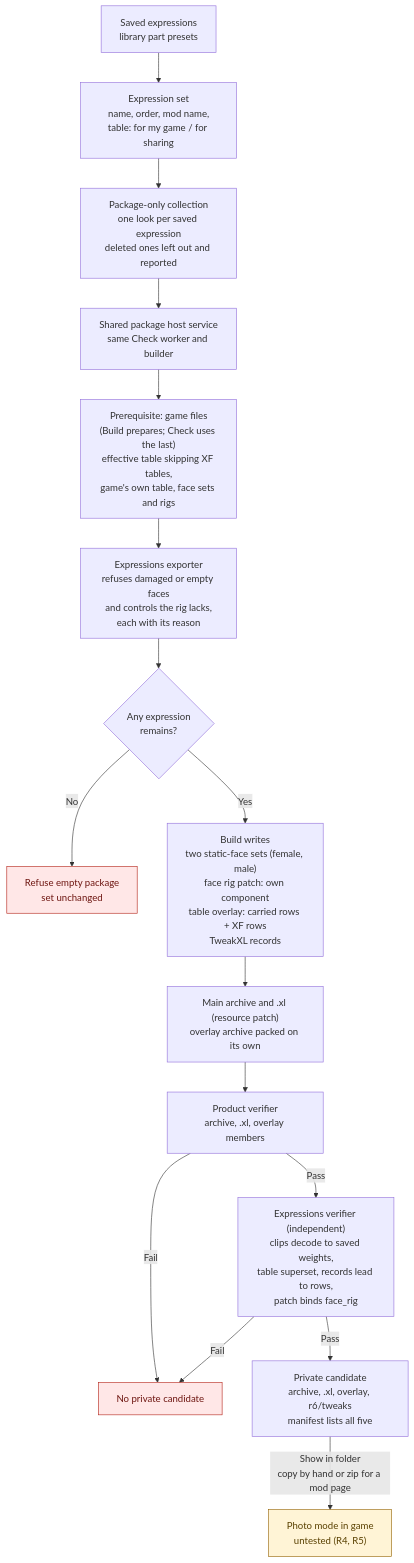
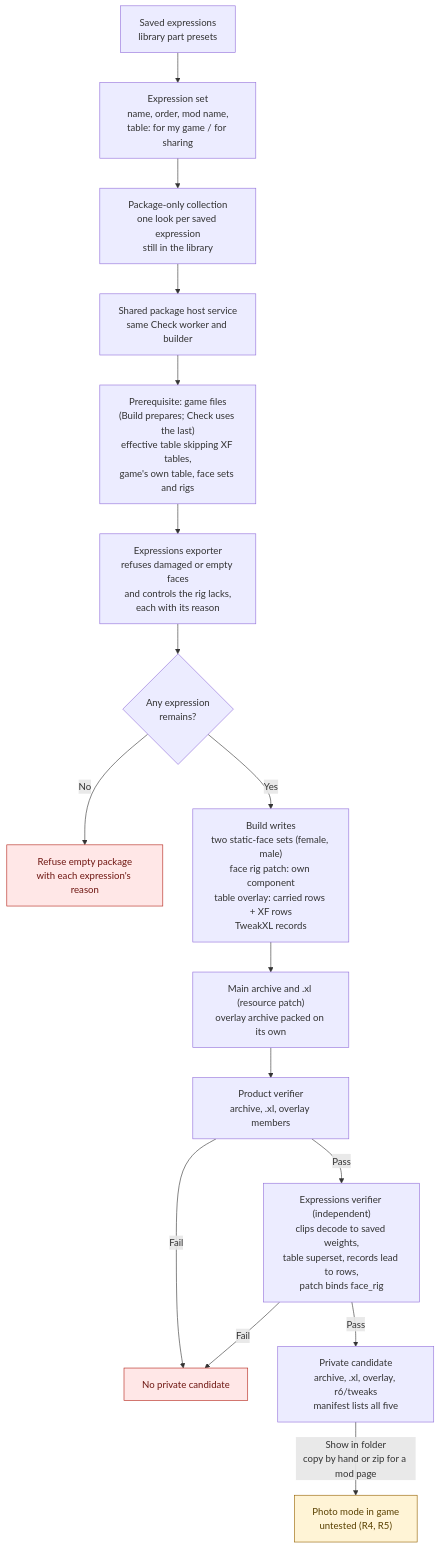
The third of 4 diagrams in research/authoring/studio-to-mod-pipeline.md (axefrog/xf-studio), drawn with Mermaid before and after one commit. The commit also changed other lines of this file and 19 other files, not shown here.

````diff
--- a/research/authoring/studio-to-mod-pipeline.md
+++ b/research/authoring/studio-to-mod-pipeline.md
@@ -105,23 +105,23 @@
 ```mermaid
 flowchart TB
   saved["Saved expressions<br/>library part presets"] --> set["Expression set<br/>name, order, mod name,<br/>table: for my game / for sharing"]
-  set --> pkg["Package-only collection<br/>one look per saved expression<br/>deleted ones left out and reported"]
+  set --> pkg["Package-only collection<br/>one look per saved expression<br/>still in the library"]
   pkg --> hostsvc["Shared package host service<br/>same Check worker and builder"]
   hostsvc --> prereq["Prerequisite: game files<br/>(Build prepares; Check uses the last)<br/>effective table skipping XF tables,<br/>game's own table, face sets and rigs"]
   prereq --> exporter["Expressions exporter<br/>refuses damaged or empty faces<br/>and controls the rig lacks,<br/>each with its reason"]
   exporter --> ok{"Any expression<br/>remains?"}
-  ok -- No --> refuse["Refuse empty package<br/>set unchanged"]
+  ok -- No --> refuse["Refuse empty package<br/>with each expression's reason"]
   ok -- Yes --> write["Build writes<br/>two static-face sets (female, male)<br/>face rig patch: own component<br/>table overlay: carried rows + XF rows<br/>TweakXL records"]
   write --> pack["Main archive and .xl (resource patch)<br/>overlay archive packed on its own"]
   pack --> pverify["Product verifier<br/>archive, .xl, overlay members"]
   pverify -- Fail --> stop["No private candidate"]
   pverify -- Pass --> fverify["Expressions verifier (independent)<br/>clips decode to saved weights,<br/>table superset, records lead to rows,<br/>patch binds face_rig"]
   fverify -- Fail --> stop
   fverify -- Pass --> candidate["Private candidate<br/>archive, .xl, overlay, r6/tweaks<br/>manifest lists all five"]
   candidate -- "Show in folder<br/>copy by hand or zip for a mod page" --> runtime["Photo mode in game<br/>untested (R4, R5)"]
 
   classDef blocked fill:#ffe7e7,stroke:#b42318,color:#6e1611;
   classDef pending fill:#fff4d6,stroke:#946200,color:#594000;
   class refuse,stop blocked;
   class runtime pending;
 ```
````
